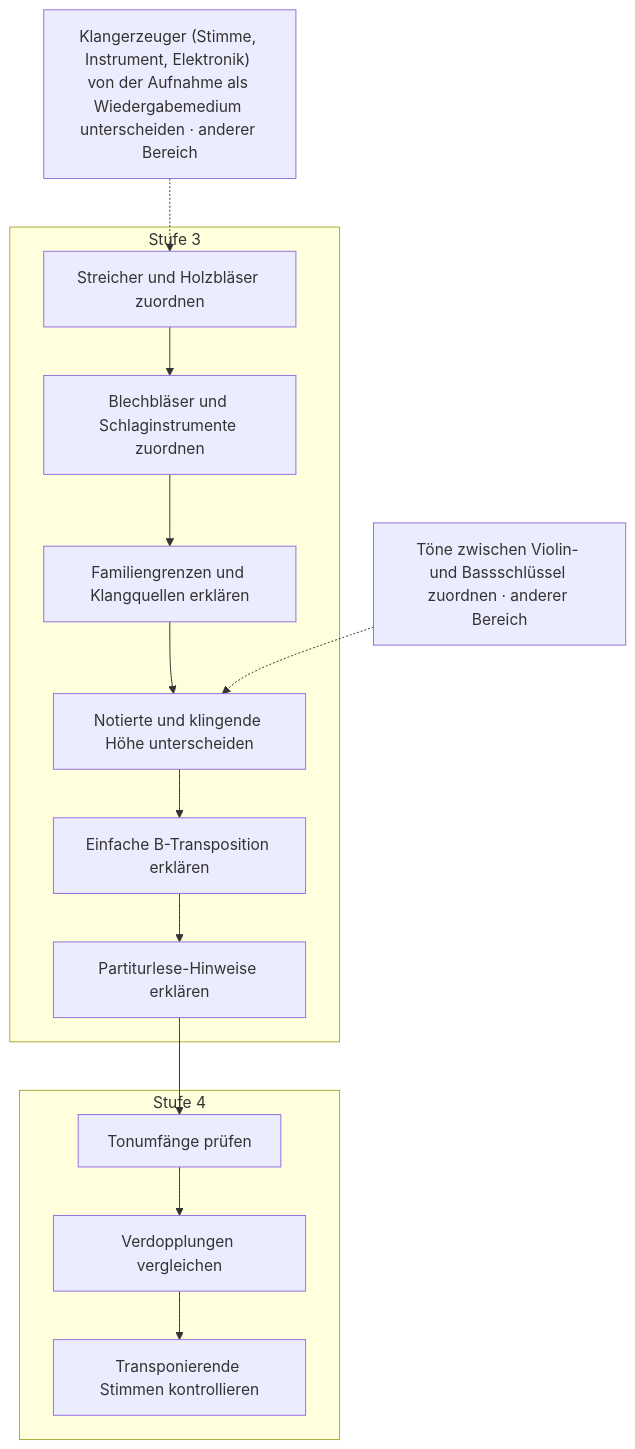
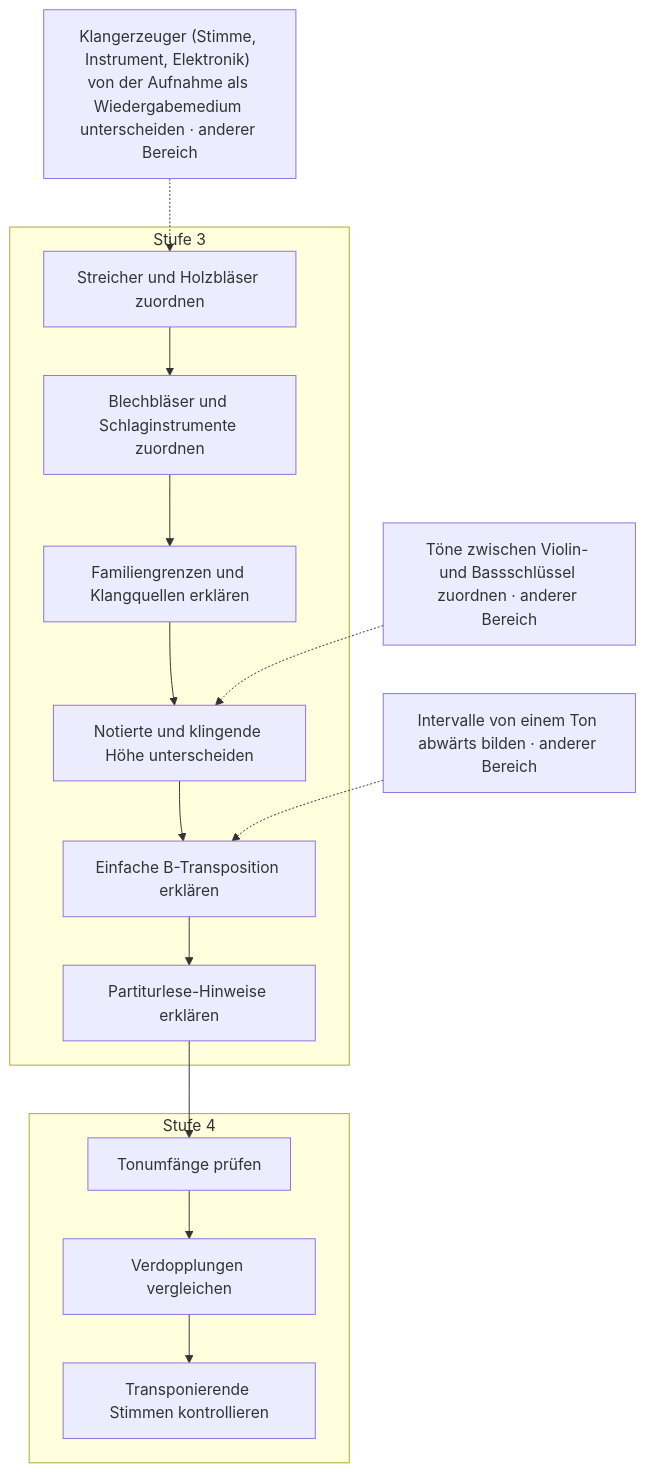
Diagram 12 of 16 in docs/plan/faehigkeitsgraph-diagramme.md (PhiFa96/harmonia), drawn with Mermaid before and after one commit. The commit also changed other lines of this file and 1 other file, not shown here.

````diff
--- a/docs/plan/faehigkeitsgraph-diagramme.md
+++ b/docs/plan/faehigkeitsgraph-diagramme.md
@@ -872,28 +896,30 @@
 ```mermaid
 flowchart TD
   subgraph level3["Stufe 3"]
     s114["Streicher und Holzbläser zuordnen"]
     s115["Blechbläser und Schlaginstrumente zuordnen"]
     s116["Familiengrenzen und Klangquellen erklären"]
     s117["Notierte und klingende Höhe unterscheiden"]
     s118["Einfache B-Transposition erklären"]
     s119["Partiturlese-Hinweise erklären"]
   end
   subgraph level4["Stufe 4"]
     s153["Tonumfänge prüfen"]
     s154["Verdopplungen vergleichen"]
     s155["Transponierende Stimmen kontrollieren"]
   end
   s34["Klangerzeuger (Stimme, Instrument, Elektronik) von der Aufnahme als Wiedergabemedium unterscheiden · anderer Bereich"]
   s41["Töne zwischen Violin- und Bassschlüssel zuordnen · anderer Bereich"]
+  s57["Intervalle von einem Ton abwärts bilden · anderer Bereich"]
   s34 -.-> s114
   s114 --> s115
   s115 --> s116
   s116 --> s117
   s41 -.-> s117
   s117 --> s118
+  s57 -.-> s118
   s118 --> s119
   s119 --> s153
   s153 --> s154
   s154 --> s155
 ```
````
